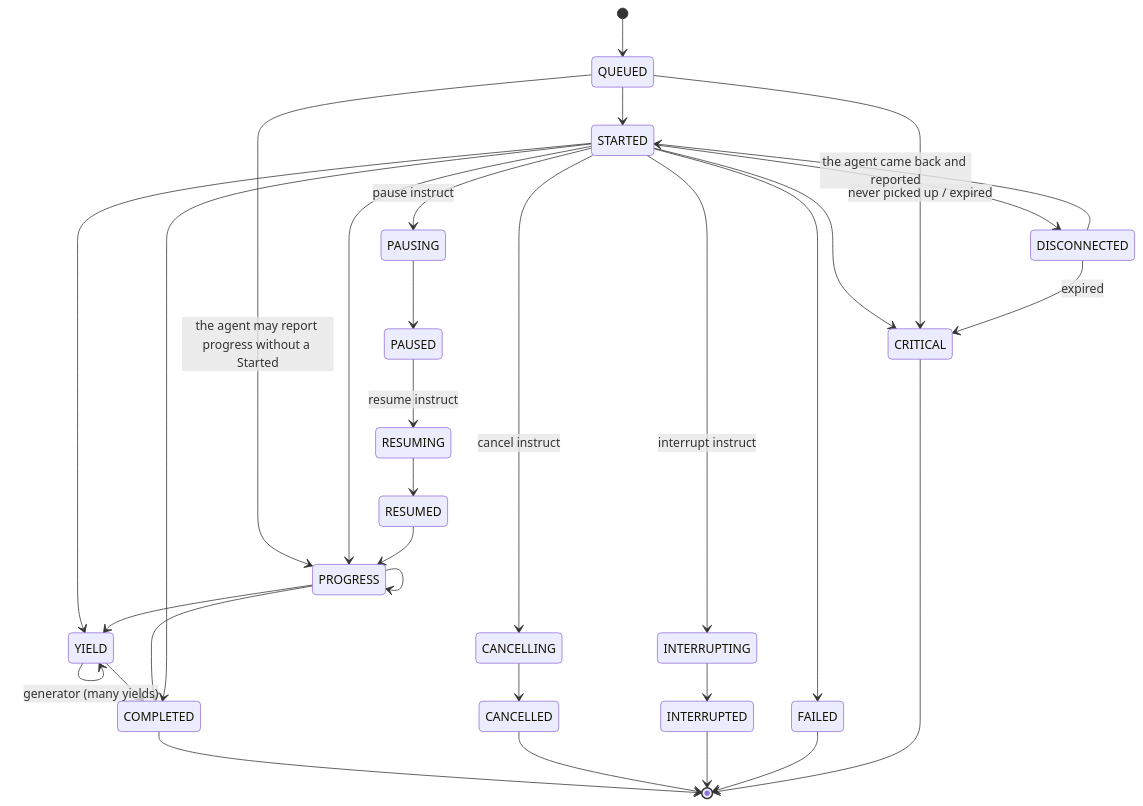
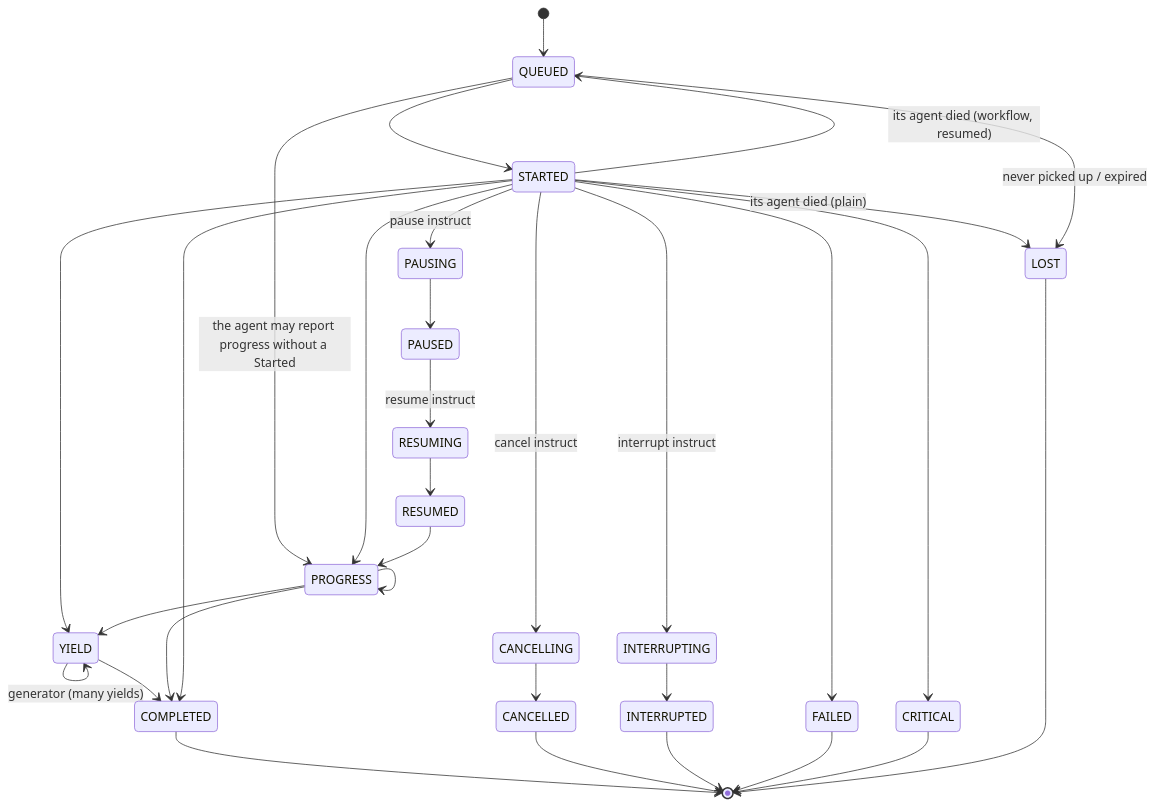
The second of 2 diagrams in docs/design/task-lifecycle.md (arkitektio/rekuest-server), drawn with Mermaid before and after one commit. The commit also changed other lines of this file and 4 other files, not shown here.

````diff
--- a/docs/design/task-lifecycle.md
+++ b/docs/design/task-lifecycle.md
@@ -142,38 +142,38 @@
 ```mermaid
 stateDiagram-v2
     [*] --> QUEUED
     QUEUED --> STARTED
     QUEUED --> PROGRESS: the agent may report progress without a Started
     STARTED --> PROGRESS
     PROGRESS --> PROGRESS
     STARTED --> YIELD
     PROGRESS --> YIELD
     YIELD --> YIELD: generator (many yields)
     YIELD --> COMPLETED
     PROGRESS --> COMPLETED
     STARTED --> COMPLETED
 
     STARTED --> PAUSING: pause instruct
     PAUSING --> PAUSED
     PAUSED --> RESUMING: resume instruct
     RESUMING --> RESUMED
     RESUMED --> PROGRESS
 
     STARTED --> CANCELLING: cancel instruct
     CANCELLING --> CANCELLED
     STARTED --> INTERRUPTING: interrupt instruct
     INTERRUPTING --> INTERRUPTED
 
     STARTED --> FAILED
     STARTED --> CRITICAL
-    STARTED --> DISCONNECTED
-    QUEUED --> CRITICAL: never picked up / expired
-    DISCONNECTED --> STARTED: the agent came back and reported
-    DISCONNECTED --> CRITICAL: expired
+    STARTED --> LOST: its agent died (plain)
+    STARTED --> QUEUED: its agent died (workflow, resumed)
+    QUEUED --> LOST: never picked up / expired
 
     COMPLETED --> [*]
     CANCELLED --> [*]
     INTERRUPTED --> [*]
     FAILED --> [*]
     CRITICAL --> [*]
+    LOST --> [*]
 ```
````
